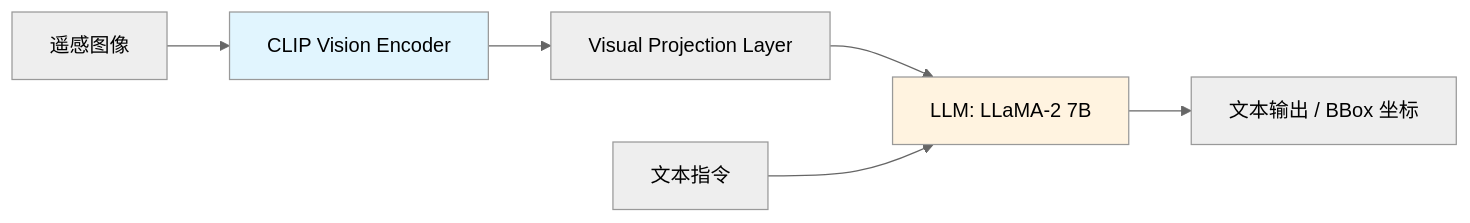
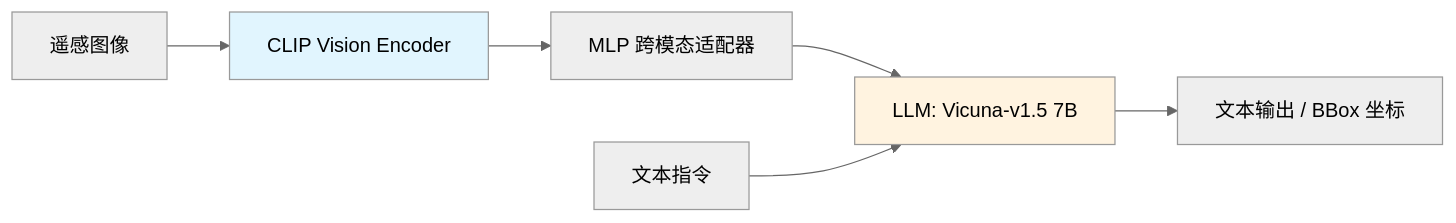
Before and after one commit to Qxy661/UAV-WM-VLA-Learning: the second of 4 diagrams in docs/04-VLM专题/01-遥感VLM.md, drawn with Mermaid (neutral theme). The commit also changed other lines of this file and 53 other files, not shown here.

````diff
--- a/docs/04-VLM专题/01-遥感VLM.md
+++ b/docs/04-VLM专题/01-遥感VLM.md
@@ -58,11 +60,11 @@
 ```mermaid
 graph LR
     A[遥感图像] --> B[CLIP Vision Encoder]
-    B --> C[Visual Projection Layer]
-    C --> D[LLM: LLaMA-2 7B]
+    B --> C[MLP 跨模态适配器]
+    C --> D[LLM: Vicuna-v1.5 7B]
     E[文本指令] --> D
     D --> F[文本输出 / BBox 坐标]
     
     style B fill:#e1f5fe
     style D fill:#fff3e0
 ```
````
